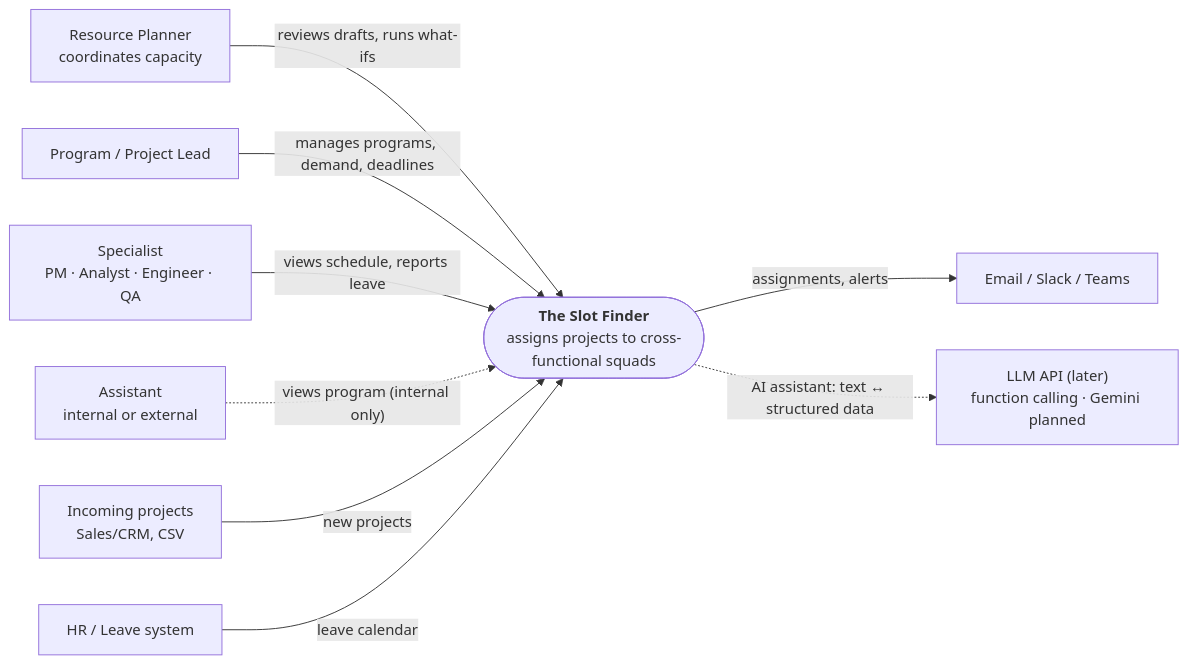
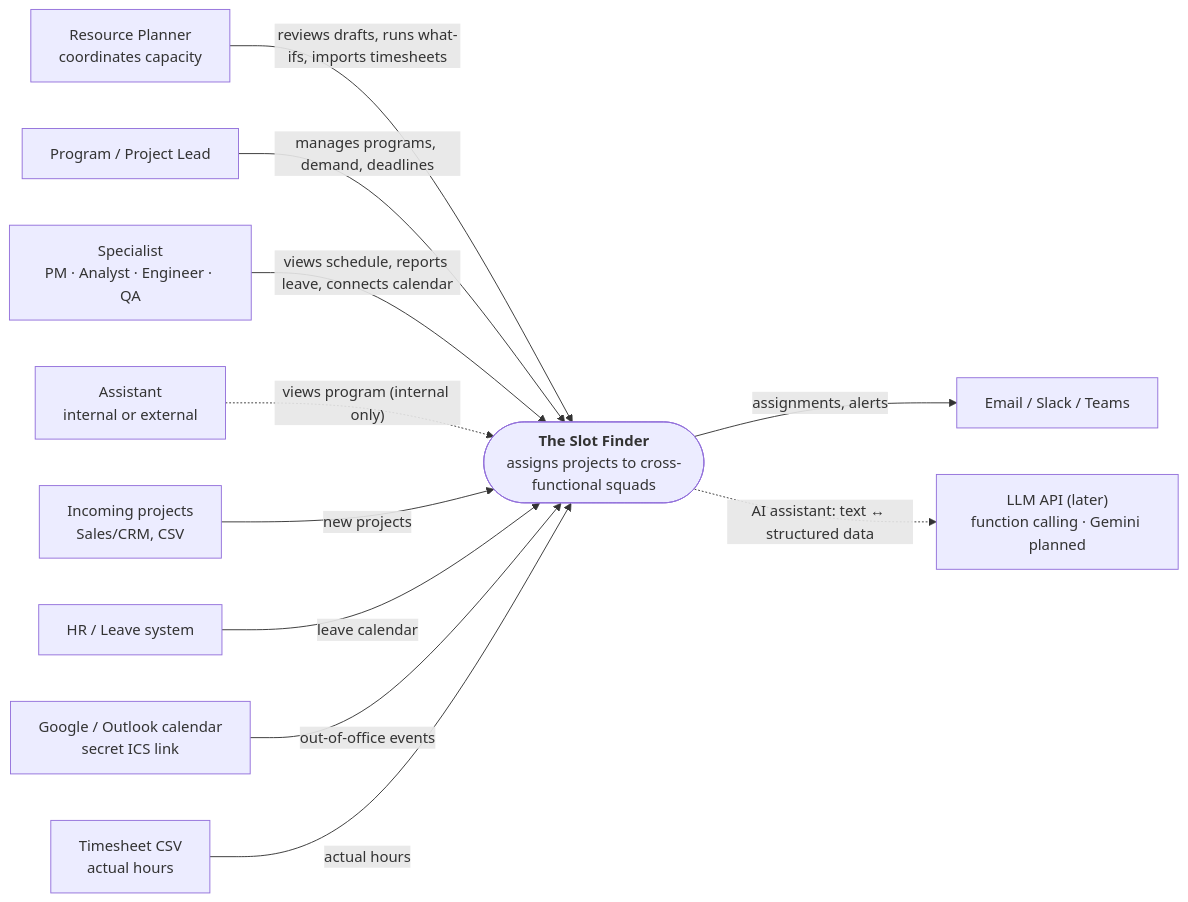
One commit to dophnamm/the-slot-finder changed the first of 10 diagrams in README.md. Above: the diagram before and after it, drawn with Mermaid. The commit also changed other lines of this file and 4 other files, not shown here.

First line of the commit message:
docs: calendars and actual hours in the architecture

````diff
--- a/README.md
+++ b/README.md
@@ -60,21 +62,25 @@
 ```mermaid
 flowchart LR
   planner["Resource Planner<br/>coordinates capacity"]
   lead["Program / Project Lead"]
   spec["Specialist<br/>PM · Analyst · Engineer · QA"]
   assistant["Assistant<br/>internal or external"]
   sf(["<b>The Slot Finder</b><br/>assigns projects to cross-functional squads"])
   intake["Incoming projects<br/>Sales/CRM, CSV"]
   hr["HR / Leave system"]
+  cal["Google / Outlook calendar<br/>secret ICS link"]
+  timesheet["Timesheet CSV<br/>actual hours"]
   notify["Email / Slack / Teams"]
   llm["LLM API (later)<br/>function calling · Gemini planned"]
 
-  planner -->|"reviews drafts, runs what-ifs"| sf
+  planner -->|"reviews drafts, runs what-ifs, imports timesheets"| sf
   lead -->|"manages programs, demand, deadlines"| sf
-  spec -->|"views schedule, reports leave"| sf
+  spec -->|"views schedule, reports leave, connects calendar"| sf
   assistant -.->|"views program (internal only)"| sf
   intake -->|"new projects"| sf
   hr -->|"leave calendar"| sf
+  cal -->|"out-of-office events"| sf
+  timesheet -->|"actual hours"| sf
   sf -->|"assignments, alerts"| notify
   sf -.->|"AI assistant: text ↔ structured data"| llm
 ```
````
